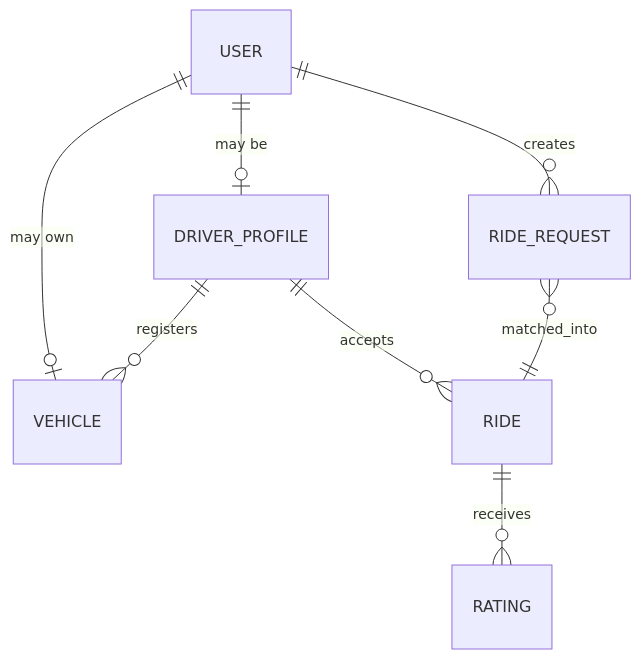
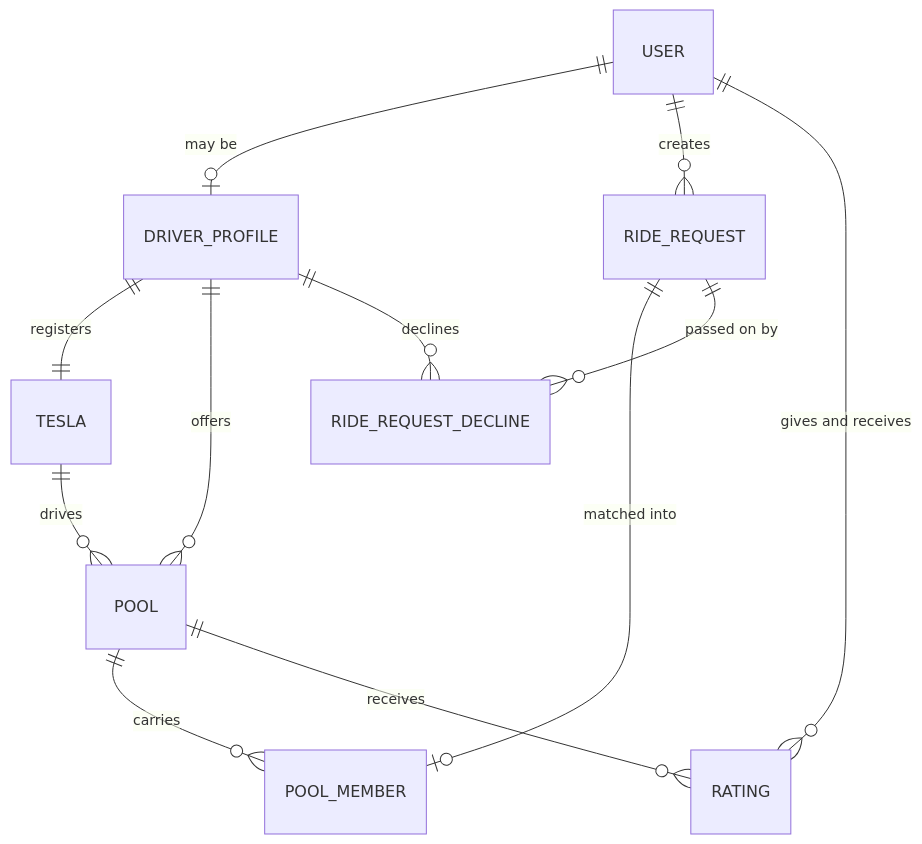
The fifth of 5 diagrams in docs/architecture.md (prithiafrose/RoBenRidePool), drawn with Mermaid before and after one commit. The commit also changed other lines of this file and 35 other files, not shown here.

````diff
--- a/docs/architecture.md
+++ b/docs/architecture.md
@@ -200,10 +233,14 @@
 ```mermaid
 erDiagram
     USER ||--o| DRIVER_PROFILE : "may be"
-    USER ||--o| VEHICLE : "may own"
-    DRIVER_PROFILE ||--o{ VEHICLE : registers
-    DRIVER_PROFILE ||--o{ RIDE : accepts
+    DRIVER_PROFILE ||--|| TESLA : registers
     USER ||--o{ RIDE_REQUEST : creates
-    RIDE_REQUEST }o--|| RIDE : matched_into
-    RIDE ||--o{ RATING : receives
+    DRIVER_PROFILE ||--o{ POOL : offers
+    TESLA ||--o{ POOL : "drives"
+    POOL ||--o{ POOL_MEMBER : carries
+    RIDE_REQUEST ||--o| POOL_MEMBER : "matched into"
+    RIDE_REQUEST ||--o{ RIDE_REQUEST_DECLINE : "passed on by"
+    DRIVER_PROFILE ||--o{ RIDE_REQUEST_DECLINE : declines
+    POOL ||--o{ RATING : receives
+    USER ||--o{ RATING : "gives and receives"
 ```
````
